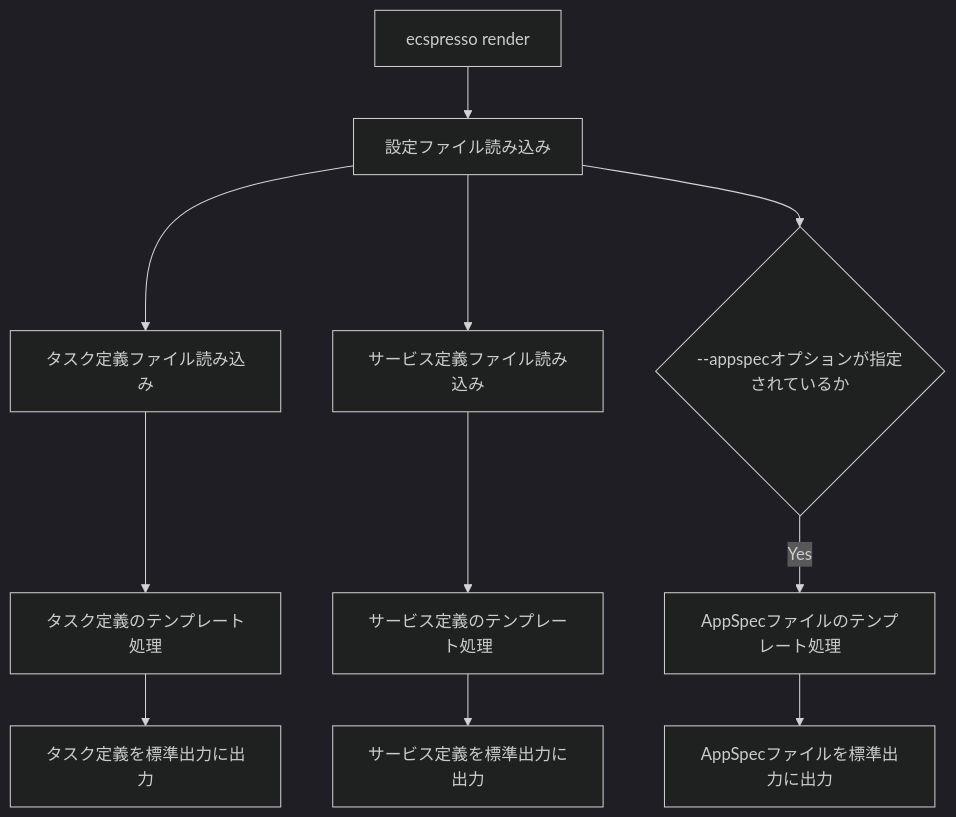
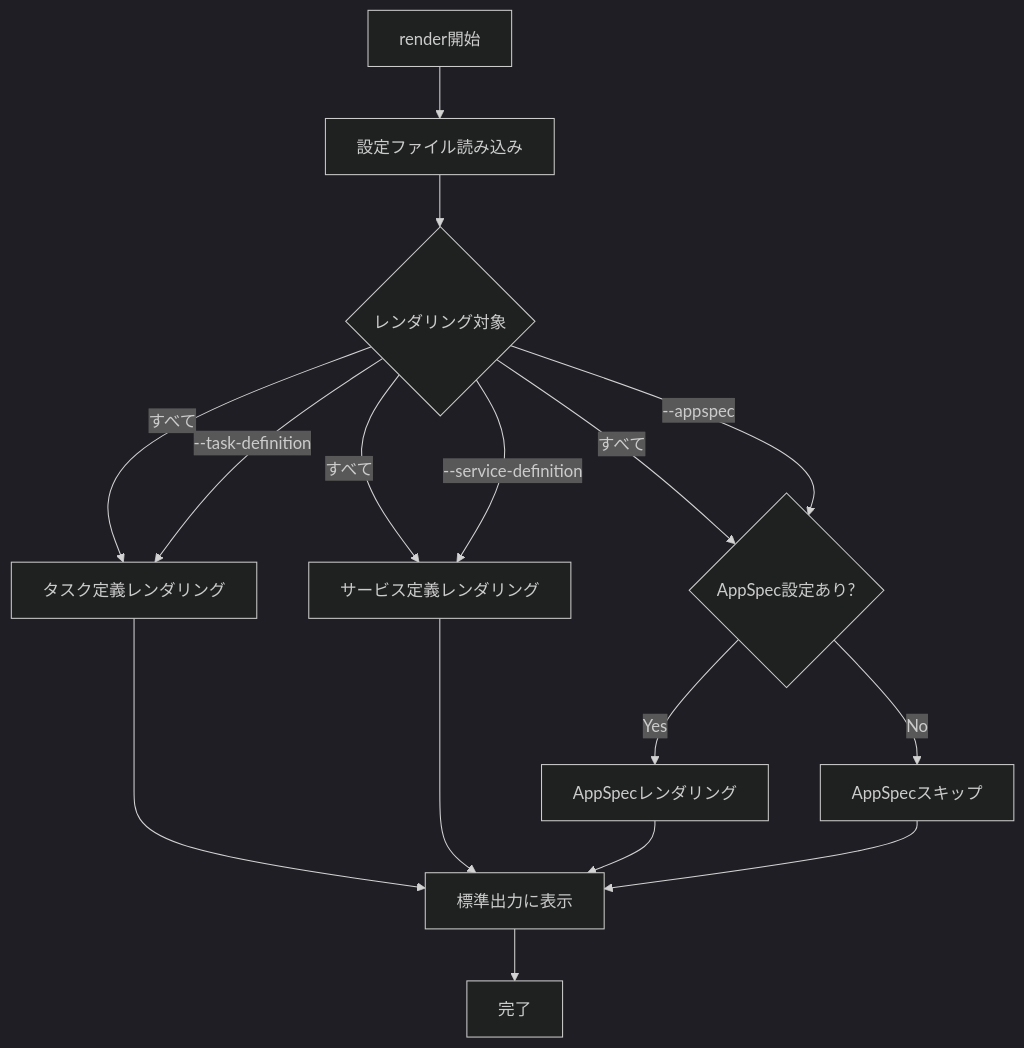
The diagram in ecspresso/commands/render.md (bufferings/devin-docs), drawn with Mermaid (dark theme) before and after one commit. The commit also changed other lines of this file and 29 other files, not shown here.

````diff
--- a/ecspresso/commands/render.md
+++ b/ecspresso/commands/render.md
@@ -42,13 +58,18 @@
 ```mermaid
 graph TD
-    A[ecspresso render] --> B[設定ファイル読み込み]
-    B --> C[タスク定義ファイル読み込み]
-    B --> D[サービス定義ファイル読み込み]
-    C --> E[タスク定義のテンプレート処理]
-    D --> F[サービス定義のテンプレート処理]
-    E --> G[タスク定義を標準出力に出力]
-    F --> H[サービス定義を標準出力に出力]
-    B --> I{--appspecオプションが指定されているか}
-    I -->|Yes| J[AppSpecファイルのテンプレート処理]
-    J --> K[AppSpecファイルを標準出力に出力]
+    A[render開始] --> B[設定ファイル読み込み]
+    B --> C{レンダリング対象}
+    C -->|すべて| D[タスク定義レンダリング]
+    C -->|--task-definition| D
+    C -->|すべて| E[サービス定義レンダリング]
+    C -->|--service-definition| E
+    C -->|すべて| F{AppSpec設定あり?}
+    C -->|--appspec| F
+    F -->|Yes| G[AppSpecレンダリング]
+    F -->|No| H[AppSpecスキップ]
+    D --> I[標準出力に表示]
+    E --> I
+    G --> I
+    H --> I
+    I --> J[完了]
 ```
````
